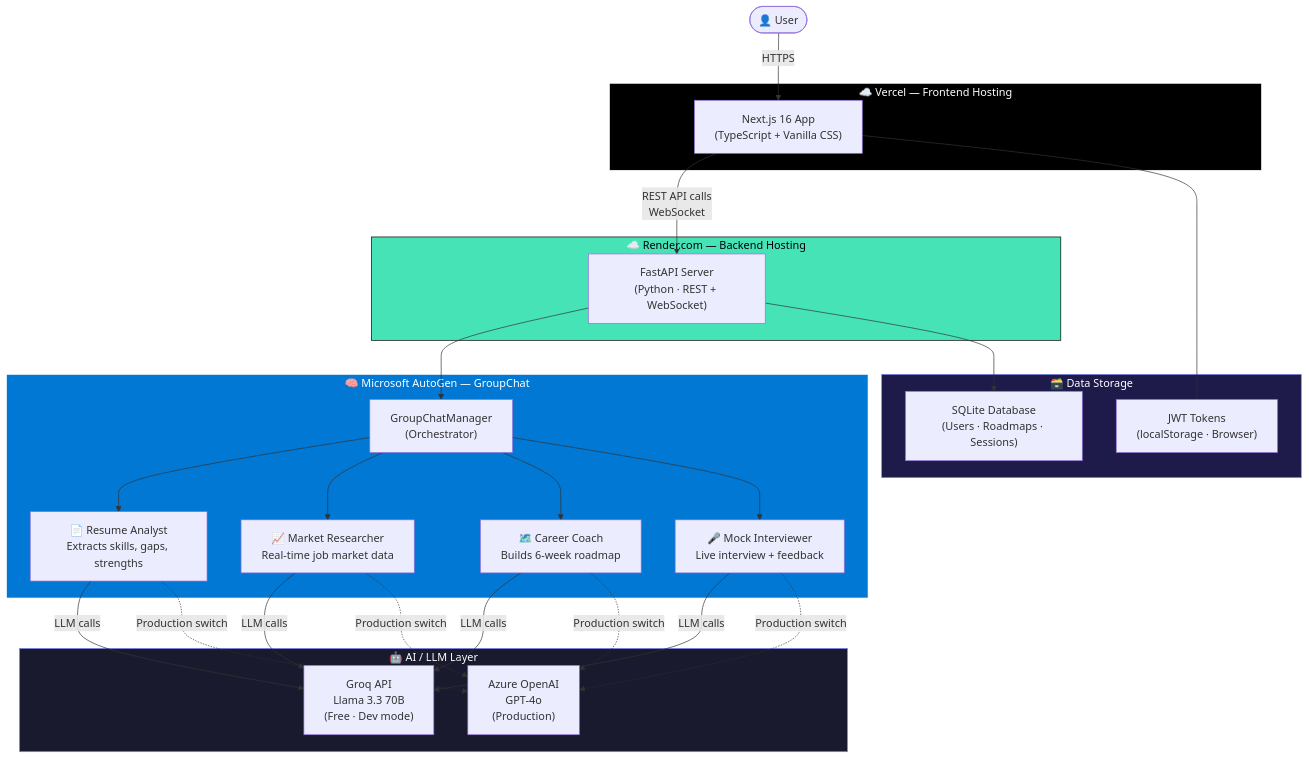
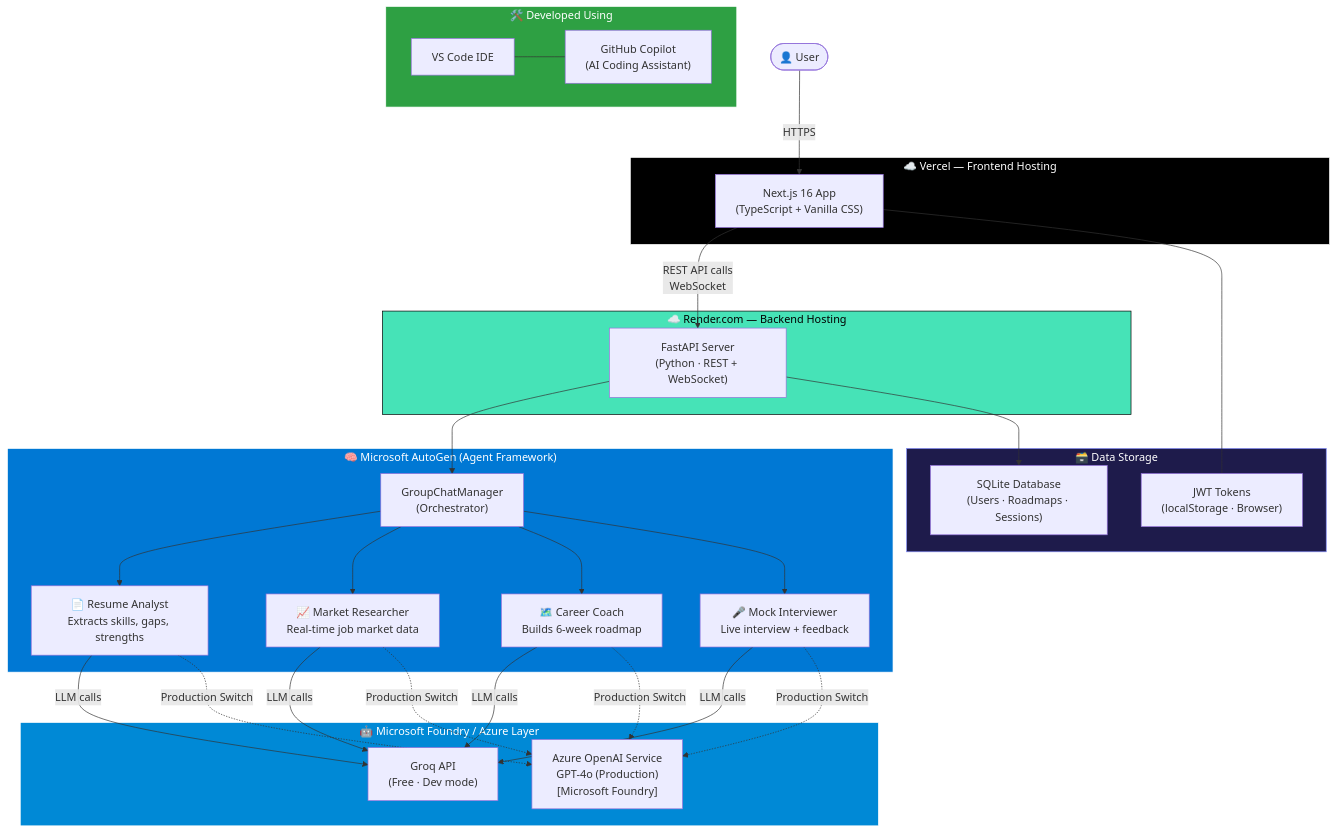
One commit to Anil-Pradhan-web/ai-career-mentor changed the first of 2 diagrams in README.md. Above: the diagram before and after it, drawn with Mermaid. The commit also changed other lines of this file, not shown here.

Commit message:
docs: explicit Microsoft Hackathon submission requirements in README

````diff
--- a/README.md
+++ b/README.md
@@ -64,45 +64,50 @@
 ```mermaid
 flowchart TD
     User(["👤 User"])
+
+    subgraph DevTools ["🛠️ Developed Using"]
+        VSCODE["VS Code IDE"] --- COPILOT["GitHub Copilot\n(AI Coding Assistant)"]
+    end
 
     subgraph Vercel ["☁️ Vercel — Frontend Hosting"]
         FE["Next.js 16 App\n(TypeScript + Vanilla CSS)"]
     end
 
     subgraph Render ["☁️ Render.com — Backend Hosting"]
         API["FastAPI Server\n(Python · REST + WebSocket)"]
     end
 
-    subgraph Agents ["🧠 Microsoft AutoGen — GroupChat"]
+    subgraph Agents ["🧠 Microsoft AutoGen (Agent Framework)"]
         ORCH["GroupChatManager\n(Orchestrator)"]
         A1["📄 Resume Analyst\nExtracts skills, gaps, strengths"]
         A2["📈 Market Researcher\nReal-time job market data"]
         A3["🗺️ Career Coach\nBuilds 6-week roadmap"]
         A4["🎤 Mock Interviewer\nLive interview + feedback"]
     end
 
-    subgraph LLM ["🤖 AI / LLM Layer"]
-        GROQ["Groq API\nLlama 3.3 70B\n(Free · Dev mode)"]
-        AZURE["Azure OpenAI\nGPT-4o\n(Production)"]
+    subgraph LLM ["🤖 Microsoft Foundry / Azure Layer"]
+        GROQ["Groq API\n(Free · Dev mode)"]
+        AZURE["Azure OpenAI Service\nGPT-4o (Production)\n[Microsoft Foundry]"]
     end
 
     subgraph DB ["🗃️ Data Storage"]
         SQLITE["SQLite Database\n(Users · Roadmaps · Sessions)"]
         JWT["JWT Tokens\n(localStorage · Browser)"]
     end
 
     User -->|"HTTPS"| FE
     FE -->|"REST API calls\nWebSocket"| API
     API --> ORCH
     ORCH --> A1 & A2 & A3 & A4
     A1 & A2 & A3 & A4 -->|"LLM calls"| GROQ
-    A1 & A2 & A3 & A4 -.->|"Production switch"| AZURE
+    A1 & A2 & A3 & A4 -.->|"Production Switch"| AZURE
     API --> SQLITE
     FE --- JWT
 
     style Vercel fill:#000,stroke:#fff,color:#fff
     style Render fill:#46E3B7,stroke:#000,color:#000
     style Agents fill:#0078D4,stroke:#fff,color:#fff
-    style LLM fill:#1a1a2e,stroke:#818cf8,color:#fff
+    style LLM fill:#0089D6,stroke:#fff,color:#fff
     style DB fill:#1e1b4b,stroke:#818cf8,color:#fff
+    style DevTools fill:#2ea043,stroke:#fff,color:#fff
 ```
````
